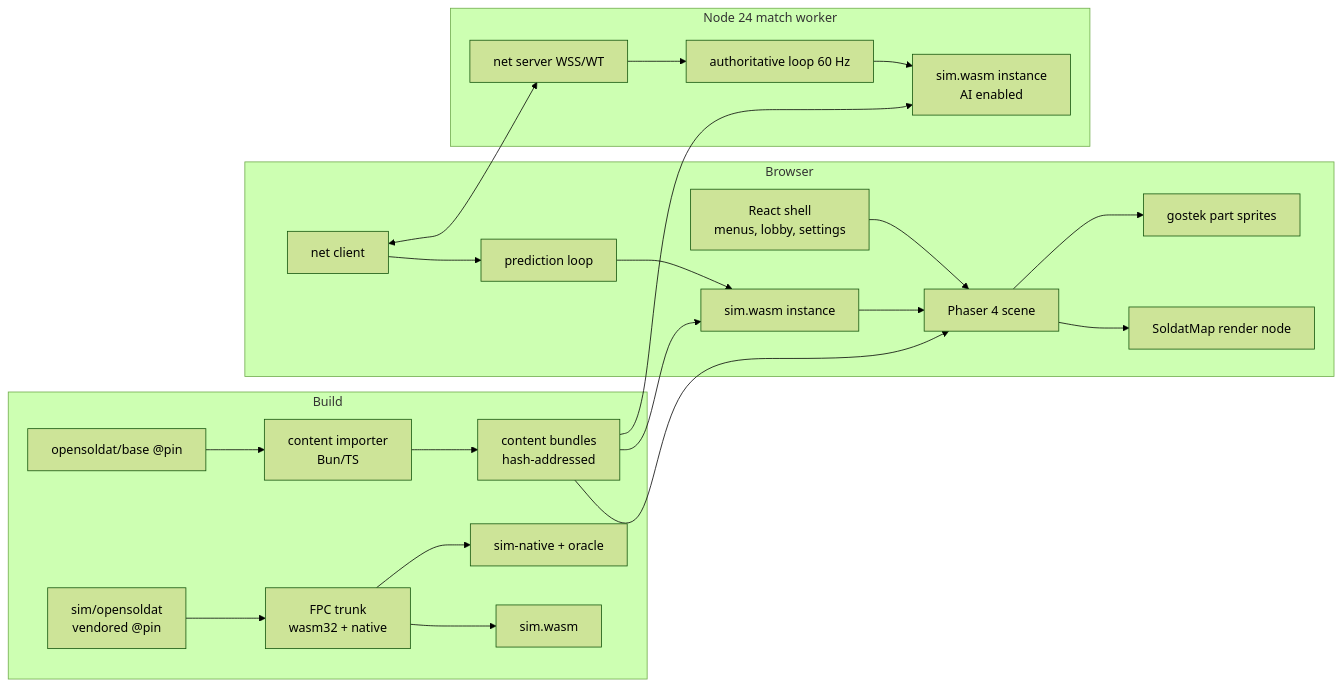
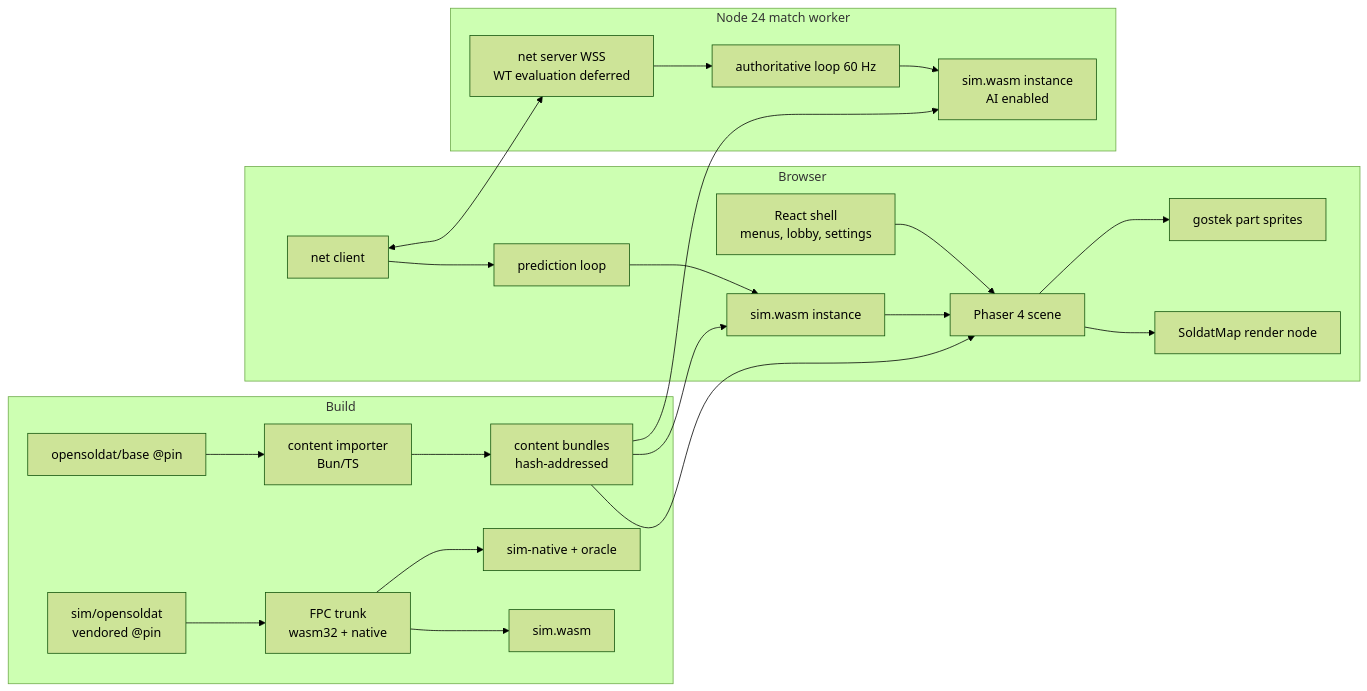
Before and after one commit to l3wi/soldat-web: the diagram in SPEC.md, drawn with Mermaid (forest theme). The commit also changed other lines of this file and 136 other files, not shown here.

````diff
--- a/SPEC.md
+++ b/SPEC.md
@@ -73,26 +73,26 @@
 ```mermaid
 flowchart LR
   subgraph Build
     BASE[opensoldat/base @pin] --> IMP[content importer<br/>Bun/TS]
     OS[sim/opensoldat<br/>vendored @pin] --> FPC[FPC trunk<br/>wasm32 + native]
     FPC --> WASM[sim.wasm]
     FPC --> NAT[sim-native + oracle]
     IMP --> BUNDLE[content bundles<br/>hash-addressed]
   end
   subgraph Browser
     REACT[React shell<br/>menus, lobby, settings] --> PH[Phaser 4 scene]
     PH --> MAPN[SoldatMap render node]
     PH --> GOS[gostek part sprites]
     NETC[net client] --> PRED[prediction loop]
     PRED --> SIMC[sim.wasm instance]
     SIMC --> PH
   end
   subgraph Server[Node 24 match worker]
-    NETS[net server WSS/WT] --> AUTH[authoritative loop 60 Hz]
+    NETS[net server WSS<br/>WT evaluation deferred] --> AUTH[authoritative loop 60 Hz]
     AUTH --> SIMS[sim.wasm instance<br/>AI enabled]
   end
   BUNDLE --> PH
   BUNDLE --> SIMC
   BUNDLE --> SIMS
   NETC <--> NETS
 ```
````
